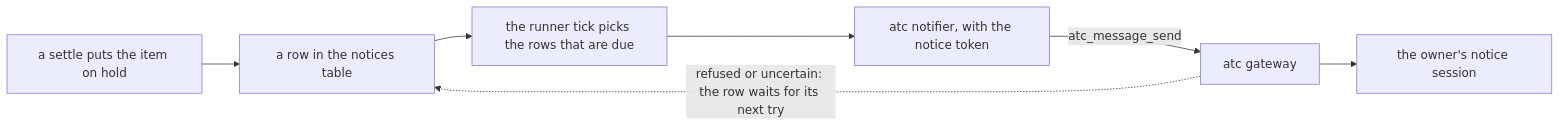
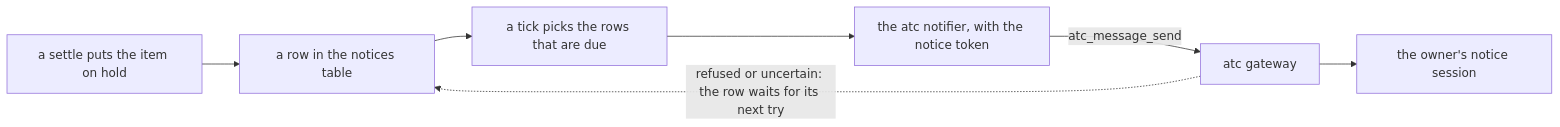
Before and after one commit to zgeoff/boxxy: the diagram in docs/design/boxxy/owner-notices.md, drawn with Mermaid. The commit also changed other lines of this file, not shown here.

Commit message:
docs(design): define the atc terms and the key rule for notice delivery

````diff
--- a/docs/design/boxxy/owner-notices.md
+++ b/docs/design/boxxy/owner-notices.md
@@ -9,9 +16,9 @@
 ```mermaid
 flowchart LR
   settle["a settle puts the item on hold"] --> row["a row in the notices table"]
-  row --> tick["the runner tick picks the rows that are due"]
-  tick --> notifier["atc notifier, with the notice token"]
+  row --> tick["a tick picks the rows that are due"]
+  tick --> notifier["the atc notifier, with the notice token"]
   notifier -->|"atc_message_send"| gateway["atc gateway"]
   gateway --> session["the owner's notice session"]
   gateway -.->|"refused or uncertain: the row waits for its next try"| row
 ```
````
